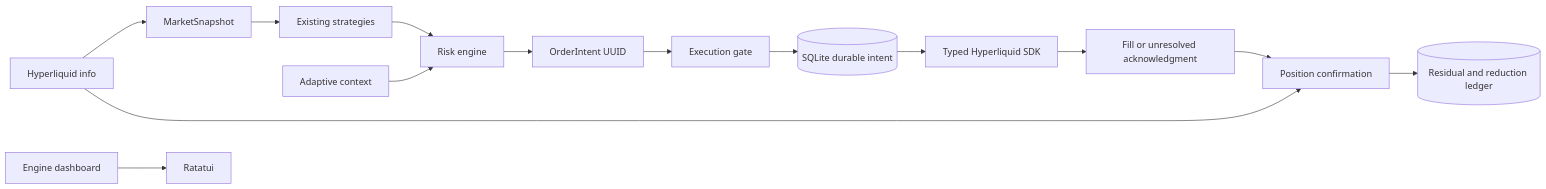
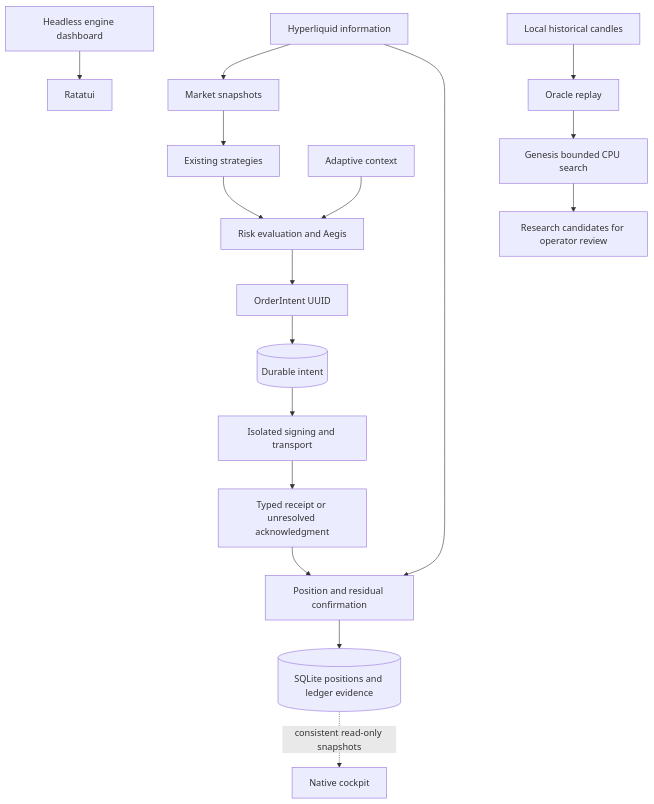
Before and after one commit to ShamelesAbyss/Hydra: the diagram in ARCHITECTURE.md, drawn with Mermaid. The commit also changed other lines of this file and 3 other files, not shown here.

Commit message:
Refresh implementation architecture and verification evidence

````diff
--- a/ARCHITECTURE.md
+++ b/ARCHITECTURE.md
@@ -10,16 +16,19 @@
 ```mermaid
-flowchart LR
-  HL[Hyperliquid info] --> Snap[MarketSnapshot]
-  Snap --> Strategy[Existing strategies]
-  Memory[Adaptive context] --> Risk[Risk engine]
+flowchart TB
+  Info[Hyperliquid information] --> Snapshot[Market snapshots]
+  Snapshot --> Strategy[Existing strategies]
+  Context[Adaptive context] --> Risk[Risk evaluation and Aegis]
   Strategy --> Risk
   Risk --> Intent[OrderIntent UUID]
-  Intent --> Gate[Execution gate]
-  Gate --> Journal[(SQLite durable intent)]
-  Journal --> SDK[Typed Hyperliquid SDK]
-  SDK --> Ack[Fill or unresolved acknowledgment]
-  Ack --> Portfolio[Position confirmation]
-  HL --> Portfolio
-  Portfolio --> Residual[(Residual and reduction ledger)]
-  Engine[Engine dashboard] --> TUI[Ratatui]
+  Intent --> Journal[(Durable intent)]
+  Journal --> Signing[Isolated signing and transport]
+  Signing --> Receipt[Typed receipt or unresolved acknowledgment]
+  Receipt --> Portfolio[Position and residual confirmation]
+  Info --> Portfolio
+  Portfolio --> Evidence[(SQLite positions and ledger evidence)]
+  Evidence -. consistent read-only snapshots .-> Cockpit[Native cockpit]
+  Engine[Headless engine dashboard] --> TUI[Ratatui]
+  Candles[Local historical candles] --> Oracle[Oracle replay]
+  Oracle --> Genesis[Genesis bounded CPU search]
+  Genesis --> Candidates[Research candidates for operator review]
 ```
````
